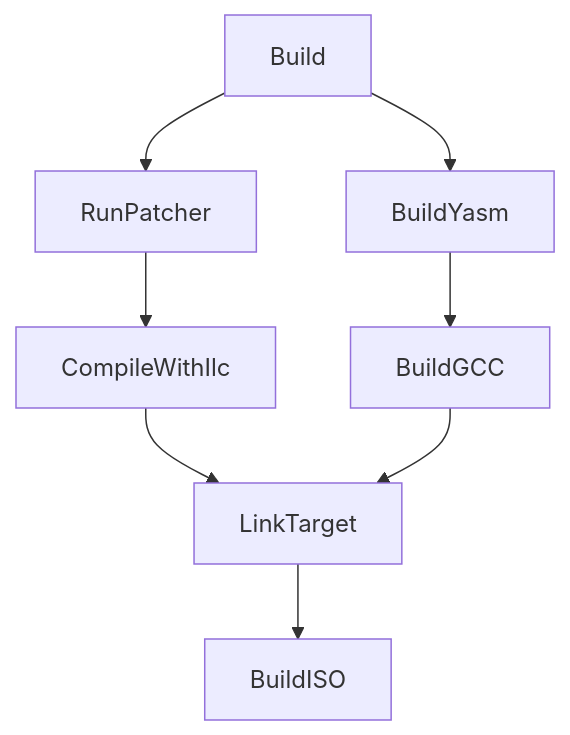
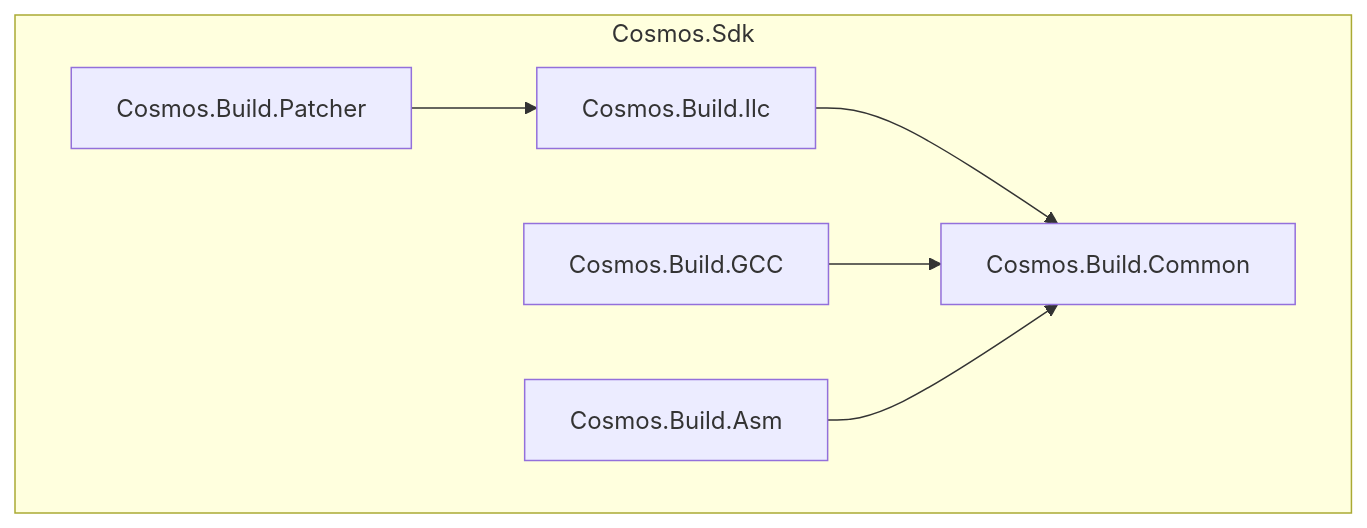
One commit to valentinbreiz/nativeaot-patcher changed the diagram in docs/articles/build/kernel-compilation-steps.md. Above: the diagram before and after it, drawn with Mermaid.

Commit message:
📝 Update kernel compilation steps flowchart

````diff
--- a/docs/articles/build/kernel-compilation-steps.md
+++ b/docs/articles/build/kernel-compilation-steps.md
@@ -7,10 +7,9 @@
 ```mermaid
 flowchart TD
-    S[Build] --> A[RunPatcher]
-    S --> C[BuildYasm]
-    A --> B[CompileWithIlc]
-    C --> D[BuildGCC]
-    B --> E[LinkTarget]
-    D --> E
-    E --> F[BuildISO]
+    subgraph Cosmos.Sdk
+        A[Cosmos.Build.Patcher] --> B[Cosmos.Build.Ilc]
+        B --> E[Cosmos.Build.Common]
+        C[Cosmos.Build.GCC] --> E[Cosmos.Build.Common]
+        D[Cosmos.Build.Asm] --> E
+    end
 ```
````
